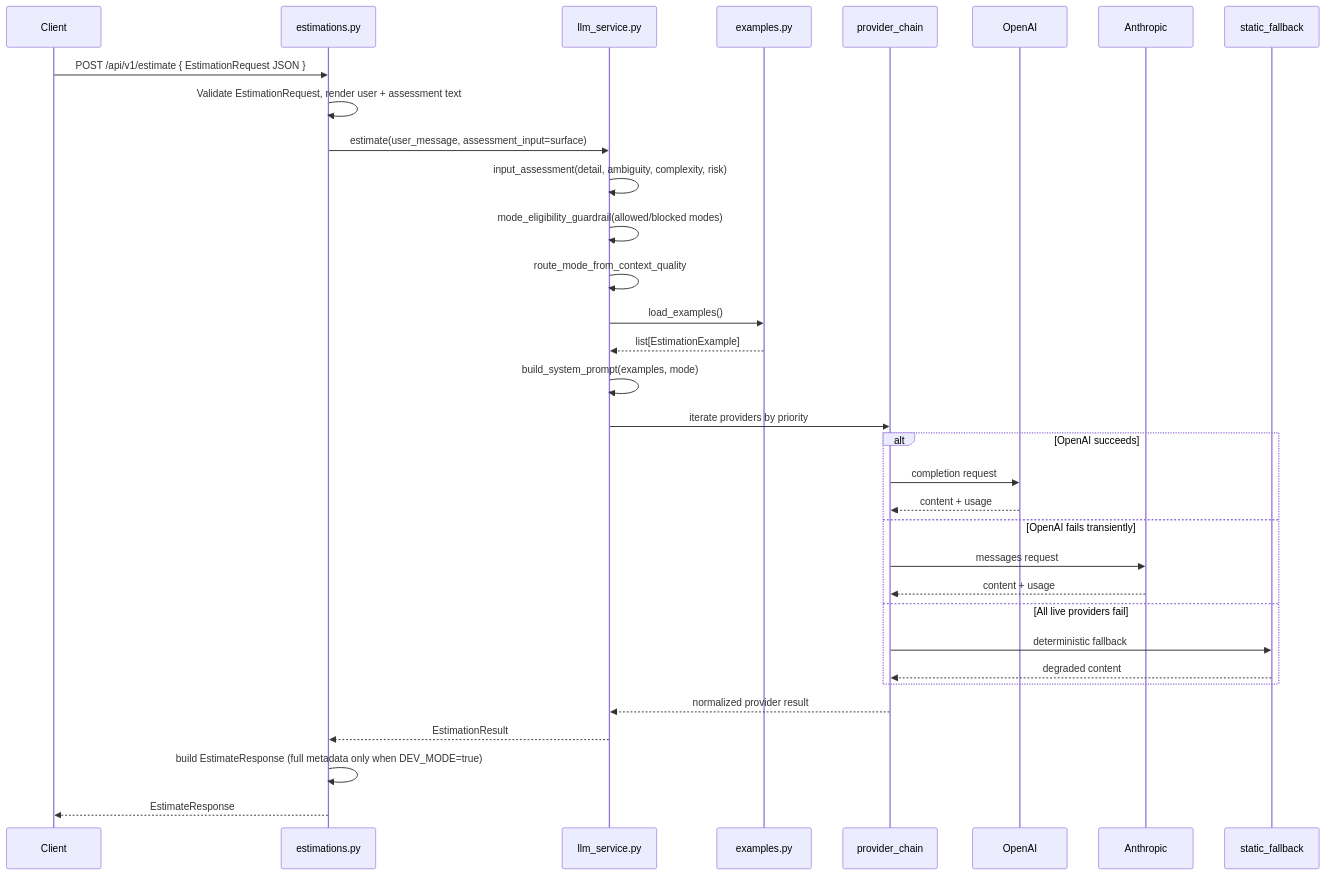
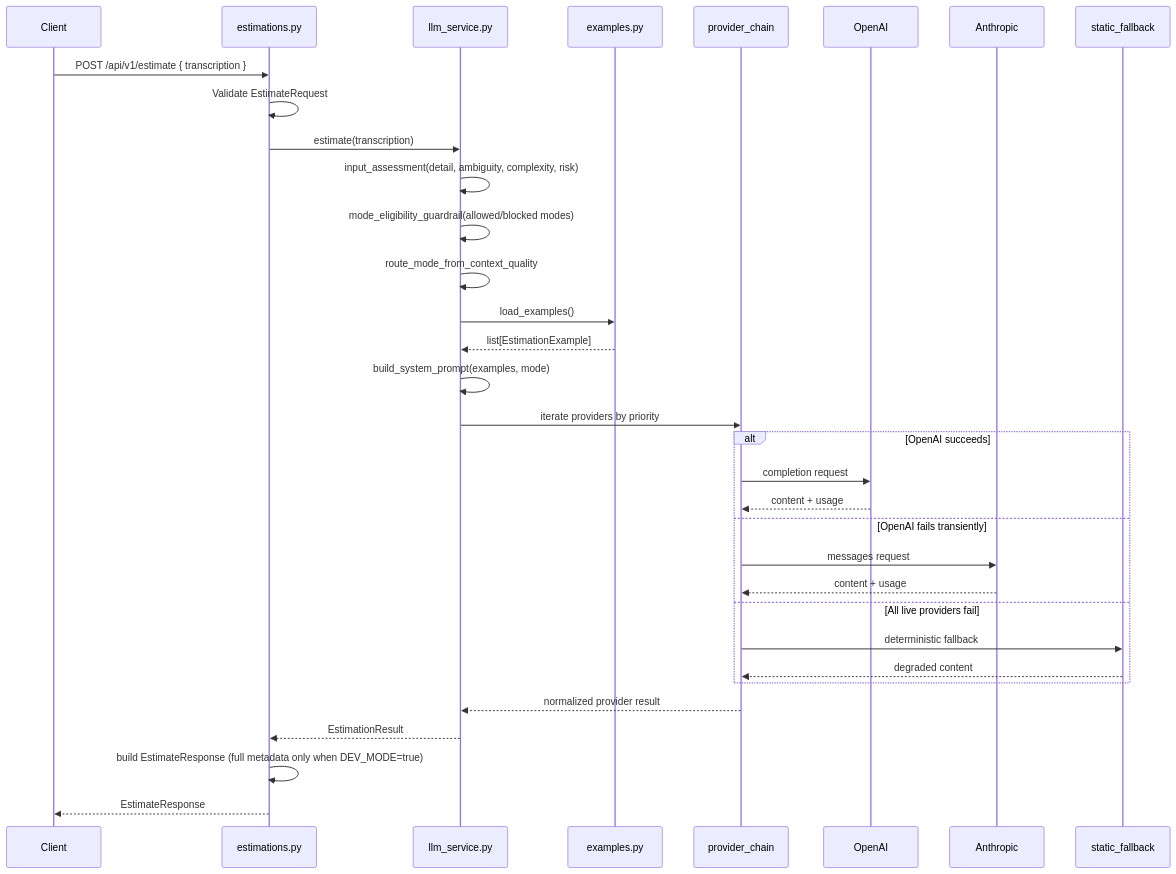
Before and after one commit to povedica/master-ia-lidr: the second of 2 diagrams in docs/technical/README.md, drawn with Mermaid. The commit also changed other lines of this file and 40 other files, not shown here.

First line of the commit message:
feat(estimation): add v2 structured API with Jinja2 prompts and Instructor

````diff
--- a/docs/technical/README.md
+++ b/docs/technical/README.md
@@ -290,36 +279,36 @@
 ```mermaid
 sequenceDiagram
     participant Client
     participant Router as estimations.py
     participant Service as llm_service.py
     participant Context as examples.py
     participant Chain as provider_chain
     participant OpenAI
     participant Anthropic
     participant Static as static_fallback
 
-    Client->>Router: POST /api/v1/estimate { EstimationRequest JSON }
-    Router->>Router: Validate EstimationRequest, render user + assessment text
-    Router->>Service: estimate(user_message, assessment_input=surface)
+    Client->>Router: POST /api/v1/estimate { transcription }
+    Router->>Router: Validate EstimateRequest
+    Router->>Service: estimate(transcription)
     Service->>Service: input_assessment(detail, ambiguity, complexity, risk)
     Service->>Service: mode_eligibility_guardrail(allowed/blocked modes)
     Service->>Service: route_mode_from_context_quality
     Service->>Context: load_examples()
     Context-->>Service: list[EstimationExample]
     Service->>Service: build_system_prompt(examples, mode)
     Service->>Chain: iterate providers by priority
     alt OpenAI succeeds
         Chain->>OpenAI: completion request
         OpenAI-->>Chain: content + usage
     else OpenAI fails transiently
         Chain->>Anthropic: messages request
         Anthropic-->>Chain: content + usage
     else All live providers fail
         Chain->>Static: deterministic fallback
         Static-->>Chain: degraded content
     end
     Chain-->>Service: normalized provider result
     Service-->>Router: EstimationResult
     Router->>Router: build EstimateResponse (full metadata only when DEV_MODE=true)
     Router-->>Client: EstimateResponse
 ```
````
